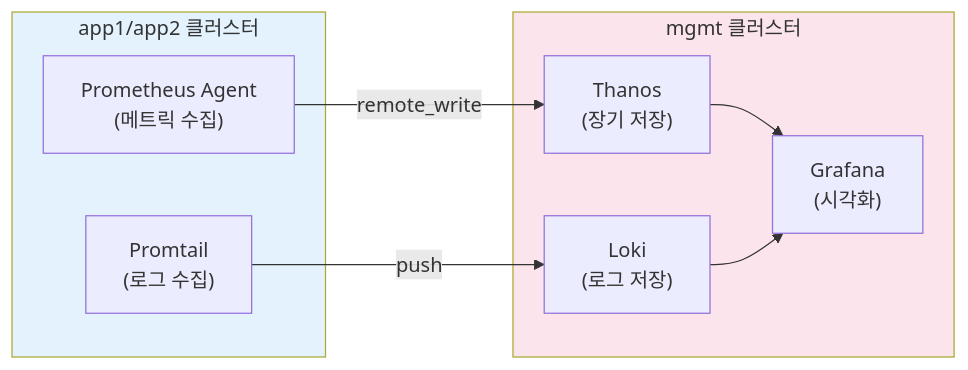
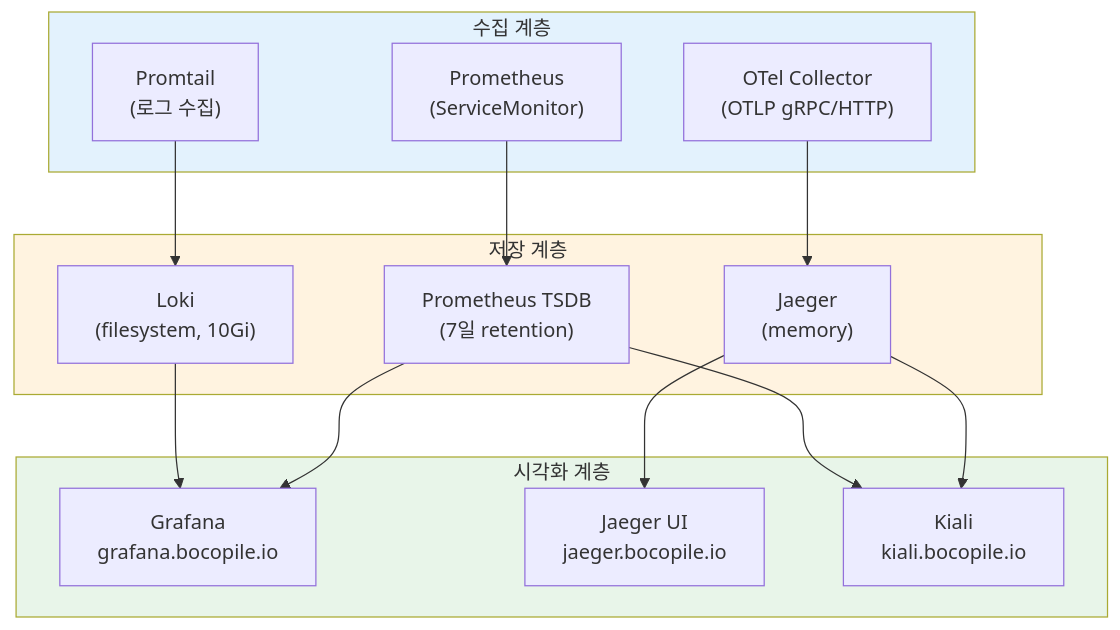
The fifth of 5 diagrams in document/on-premise/ARCHITECTURE.md (bocopile/mac-k8s-multipass-terraform), drawn with Mermaid before and after one commit. The commit also changed other lines of this file and 3 other files, not shown here.

````diff
--- a/document/on-premise/ARCHITECTURE.md
+++ b/document/on-premise/ARCHITECTURE.md
@@ -458,21 +438,30 @@
 ```mermaid
-flowchart LR
-    subgraph AppClusters["app1/app2 클러스터"]
-        PromAgent["Prometheus Agent<br/>(메트릭 수집)"]
-        Promtail["Promtail<br/>(로그 수집)"]
+flowchart TB
+    subgraph Collect["수집 계층"]
+        prom["Prometheus<br/>(ServiceMonitor)"]
+        promtail["Promtail<br/>(로그 수집)"]
+        otel["OTel Collector<br/>(OTLP gRPC/HTTP)"]
     end
 
-    subgraph MgmtCluster["mgmt 클러스터"]
-        Thanos["Thanos<br/>(장기 저장)"]
-        Loki["Loki<br/>(로그 저장)"]
-        Grafana["Grafana<br/>(시각화)"]
+    subgraph Store["저장 계층"]
+        promdb["Prometheus TSDB<br/>(7일 retention)"]
+        loki["Loki<br/>(filesystem, 10Gi)"]
+        jaeger["Jaeger<br/>(memory)"]
     end
 
-    PromAgent -->|"remote_write"| Thanos
-    Promtail -->|"push"| Loki
-    Thanos --> Grafana
-    Loki --> Grafana
+    subgraph Visualize["시각화 계층"]
+        grafana["Grafana<br/>grafana.bocopile.io"]
+        jaegerui["Jaeger UI<br/>jaeger.bocopile.io"]
+        kiali["Kiali<br/>kiali.bocopile.io"]
+    end
 
-    style AppClusters fill:#e3f2fd
-    style MgmtCluster fill:#fce4ec
+    prom --> promdb --> grafana
+    promtail --> loki --> grafana
+    otel --> jaeger --> jaegerui
+    jaeger --> kiali
+    promdb --> kiali
+
+    style Collect fill:#e3f2fd
+    style Store fill:#fff3e0
+    style Visualize fill:#e8f5e9
 ```
````
